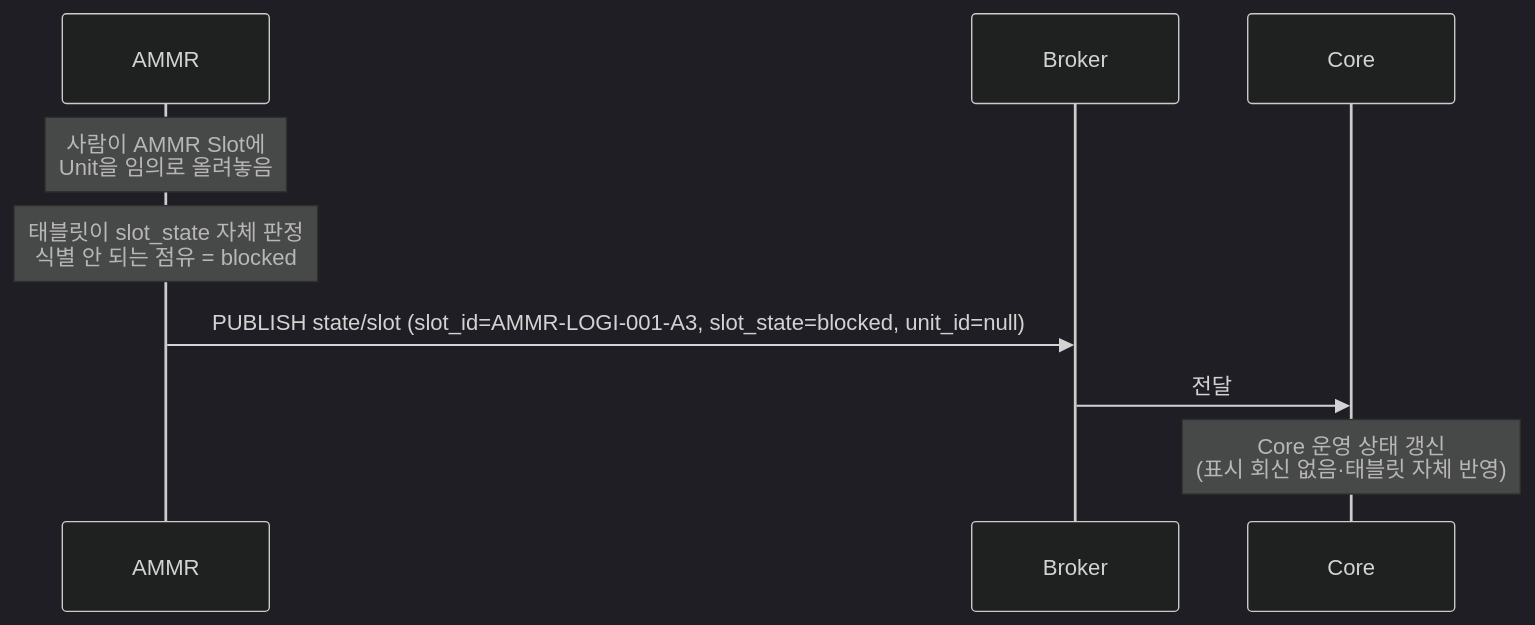
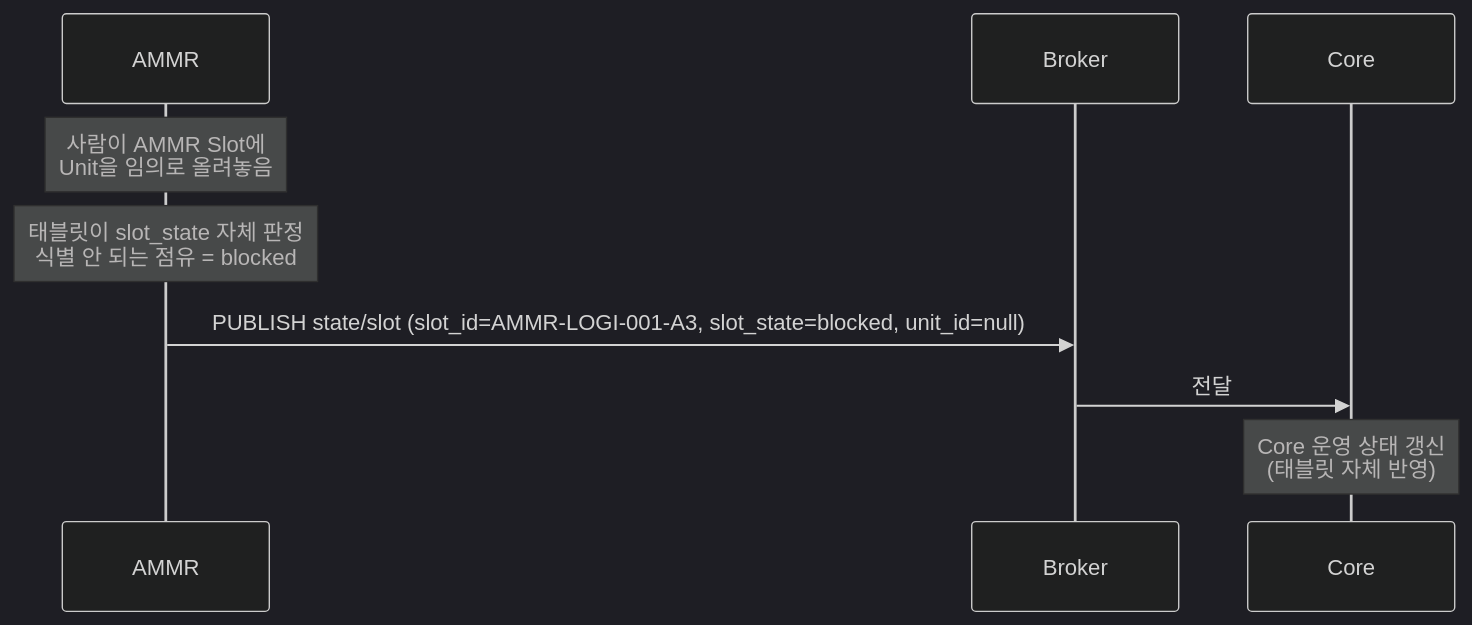
One commit to kimminsu0315/Core-Docs changed the ninth of 13 diagrams in docs/out/Core_ICD_AMMR.md. Above: the diagram before and after it, drawn with Mermaid (dark theme). The commit also changed other lines of this file and 7 other files, not shown here.

````diff
--- a/docs/out/Core_ICD_AMMR.md
+++ b/docs/out/Core_ICD_AMMR.md
@@ -1113,12 +1196,12 @@
 ```mermaid
 sequenceDiagram
     participant A as AMMR
     participant B as Broker
     participant C as Core
 
     Note over A: 사람이 AMMR Slot에<br/>Unit을 임의로 올려놓음
     Note over A: 태블릿이 slot_state 자체 판정<br/>식별 안 되는 점유 = blocked
     A->>B: PUBLISH state/slot (slot_id=AMMR-LOGI-001-A3, slot_state=blocked, unit_id=null)
     B->>C: 전달
-    Note over C: Core 운영 상태 갱신<br/>(표시 회신 없음·태블릿 자체 반영)
+    Note over C: Core 운영 상태 갱신<br/>(태블릿 자체 반영)
 ```
````
